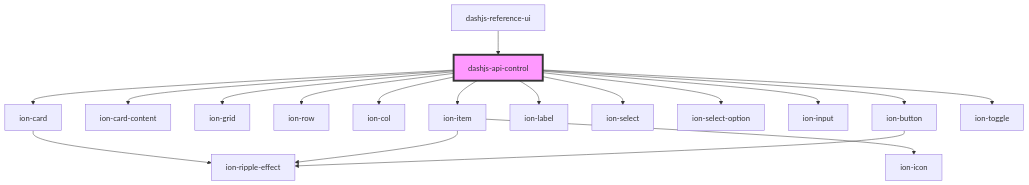
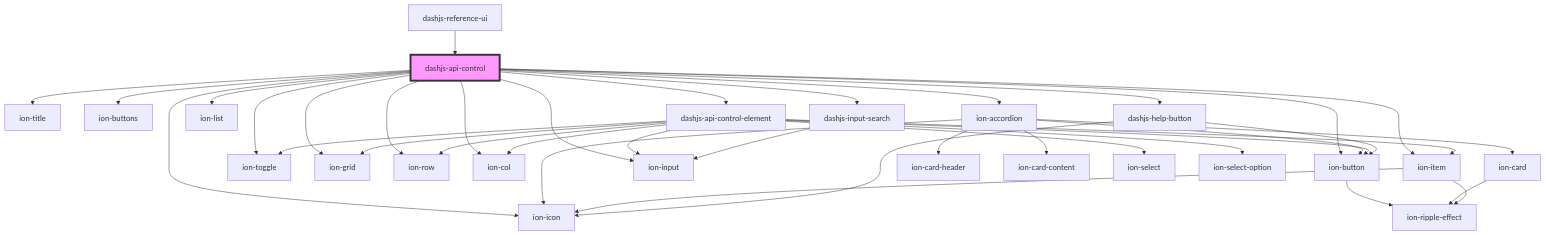
The diagram in src/components/dashjs-api-control/readme.md (AWTPJ2021/dash-reference-ui), drawn with Mermaid before and after one commit. The commit also changed other lines of this file and 46 other files, not shown here.

````diff
--- a/src/components/dashjs-api-control/readme.md
+++ b/src/components/dashjs-api-control/readme.md
@@ -37,21 +47,41 @@
 ```mermaid
 graph TD;
-  dashjs-api-control --> ion-card
-  dashjs-api-control --> ion-card-content
+  dashjs-api-control --> ion-title
+  dashjs-api-control --> ion-buttons
+  dashjs-api-control --> ion-button
+  dashjs-api-control --> ion-accordion
+  dashjs-api-control --> ion-toggle
   dashjs-api-control --> ion-grid
   dashjs-api-control --> ion-row
   dashjs-api-control --> ion-col
+  dashjs-api-control --> ion-icon
   dashjs-api-control --> ion-item
-  dashjs-api-control --> ion-label
-  dashjs-api-control --> ion-select
-  dashjs-api-control --> ion-select-option
   dashjs-api-control --> ion-input
-  dashjs-api-control --> ion-button
-  dashjs-api-control --> ion-toggle
+  dashjs-api-control --> ion-list
+  dashjs-api-control --> dashjs-api-control-element
+  dashjs-api-control --> dashjs-help-button
+  dashjs-api-control --> dashjs-input-search
+  ion-button --> ion-ripple-effect
+  ion-accordion --> ion-card
+  ion-accordion --> ion-card-header
+  ion-accordion --> ion-button
+  ion-accordion --> ion-icon
+  ion-accordion --> ion-card-content
   ion-card --> ion-ripple-effect
   ion-item --> ion-icon
   ion-item --> ion-ripple-effect
-  ion-button --> ion-ripple-effect
+  dashjs-api-control-element --> ion-input
+  dashjs-api-control-element --> ion-toggle
+  dashjs-api-control-element --> ion-select
+  dashjs-api-control-element --> ion-select-option
+  dashjs-api-control-element --> ion-button
+  dashjs-api-control-element --> ion-grid
+  dashjs-api-control-element --> ion-row
+  dashjs-api-control-element --> ion-col
+  dashjs-api-control-element --> ion-item
+  dashjs-help-button --> ion-button
+  dashjs-help-button --> ion-icon
+  dashjs-input-search --> ion-input
   dashjs-reference-ui --> dashjs-api-control
   style dashjs-api-control fill:#f9f,stroke:#333,stroke-width:4px
 ```
````
